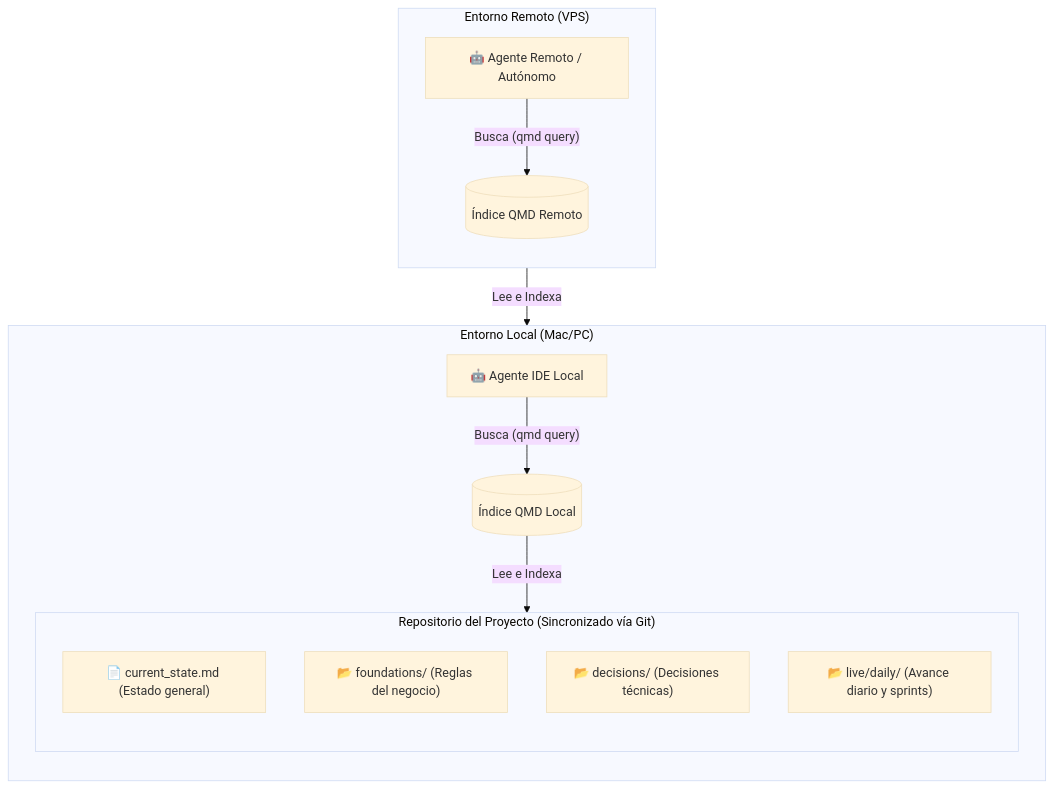
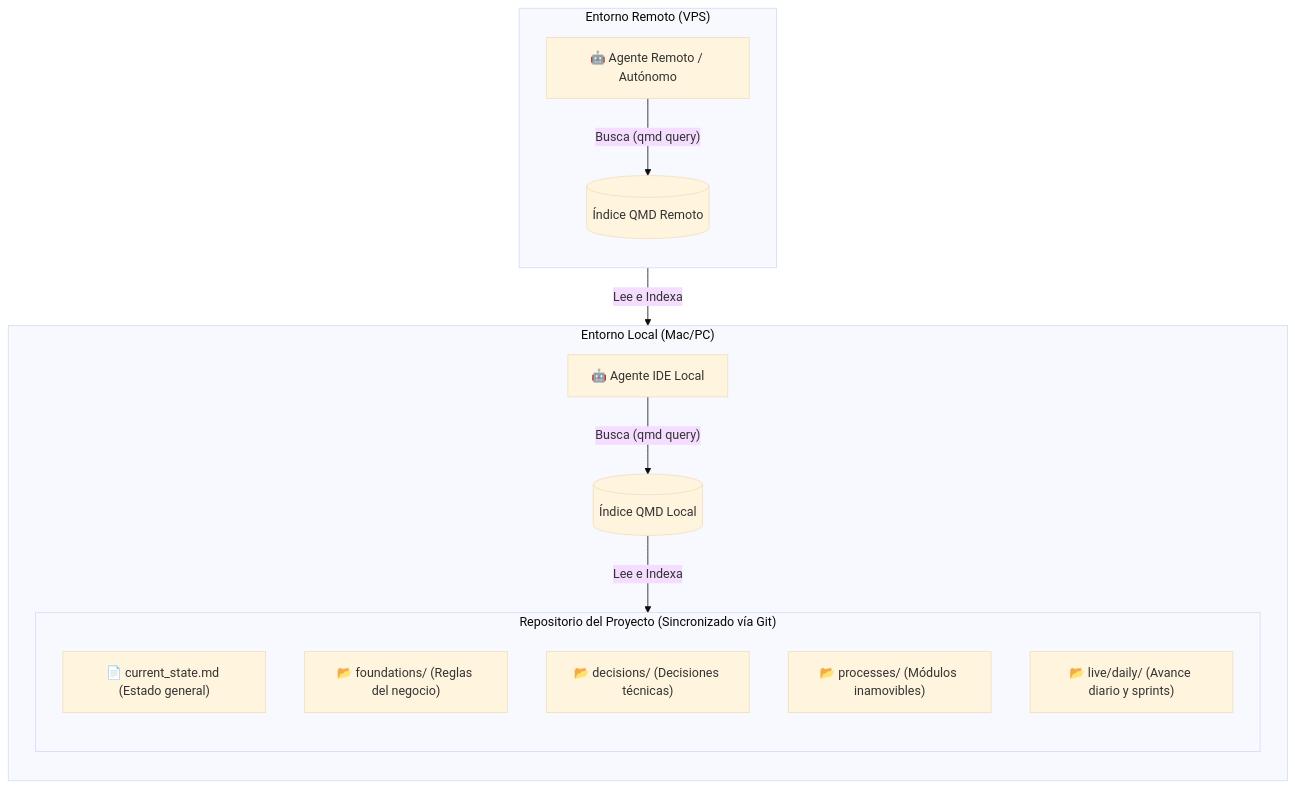
The diagram in README.md (alexistomaselli/agentic-shared-memory), drawn with Mermaid (base theme) before and after one commit. The commit also changed other lines of this file, not shown here.

Commit message:
Add processes directory to architecture

````diff
--- a/README.md
+++ b/README.md
@@ -15,31 +15,32 @@
 ```mermaid
 flowchart TD
     %% Base de Conocimiento Centralizada
     subgraph Repo ["Repositorio del Proyecto (Sincronizado vía Git)"]
         direction TB
         F1["📄 current_state.md (Estado general)"]
         F2["📂 foundations/ (Reglas del negocio)"]
         F3["📂 decisions/ (Decisiones técnicas)"]
+        F5["📂 processes/ (Módulos inamovibles)"]
         F4["📂 live/daily/ (Avance diario y sprints)"]
     end
 
     %% Entorno Local
     subgraph EntornoLocal ["Entorno Local (Mac/PC)"]
         direction TB
         QMD1[("Índice QMD Local")]
         AG1["🤖 Agente IDE Local"]
         
         QMD1 -- Lee e Indexa --> Repo
         AG1 -- Busca (qmd query) --> QMD1
     end
 
     %% Entorno Remoto
     subgraph EntornoVPS ["Entorno Remoto (VPS)"]
         direction TB
         QMD2[("Índice QMD Remoto")]
         AG3["🤖 Agente Remoto / Autónomo"]
         
         QMD2 -- Lee e Indexa --> Repo
         AG3 -- Busca (qmd query) --> QMD2
     end
 ```
````
